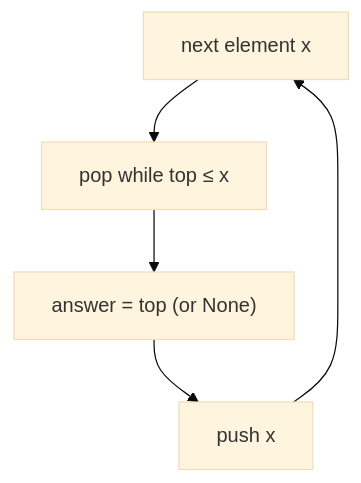
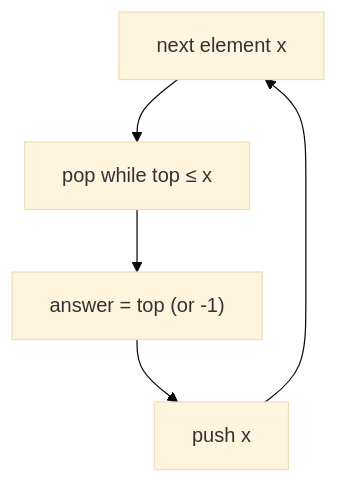
One commit to ani2fun/cortex changed the diagram in content/cortex/data-structures-and-algorithms/02-linear-structures/05-stack/09-pattern-previous-closest-occurrence/01-pattern.md. Above: the diagram before and after it, drawn with Mermaid (base theme). The commit also changed other lines of this file and 348 other files, not shown here.

````diff
--- a/content/cortex/data-structures-and-algorithms/02-linear-structures/05-stack/09-pattern-previous-closest-occurrence/01-pattern.md
+++ b/content/cortex/data-structures-and-algorithms/02-linear-structures/05-stack/09-pattern-previous-closest-occurrence/01-pattern.md
@@ -42,7 +86,7 @@
 ```mermaid
 flowchart TB
   N["next element x"] --> P["pop while top ≤ x"]
-  P --> R["answer = top (or None)"]
+  P --> R["answer = top (or -1)"]
   R --> PU["push x"]
   PU --> N
 ```
````
